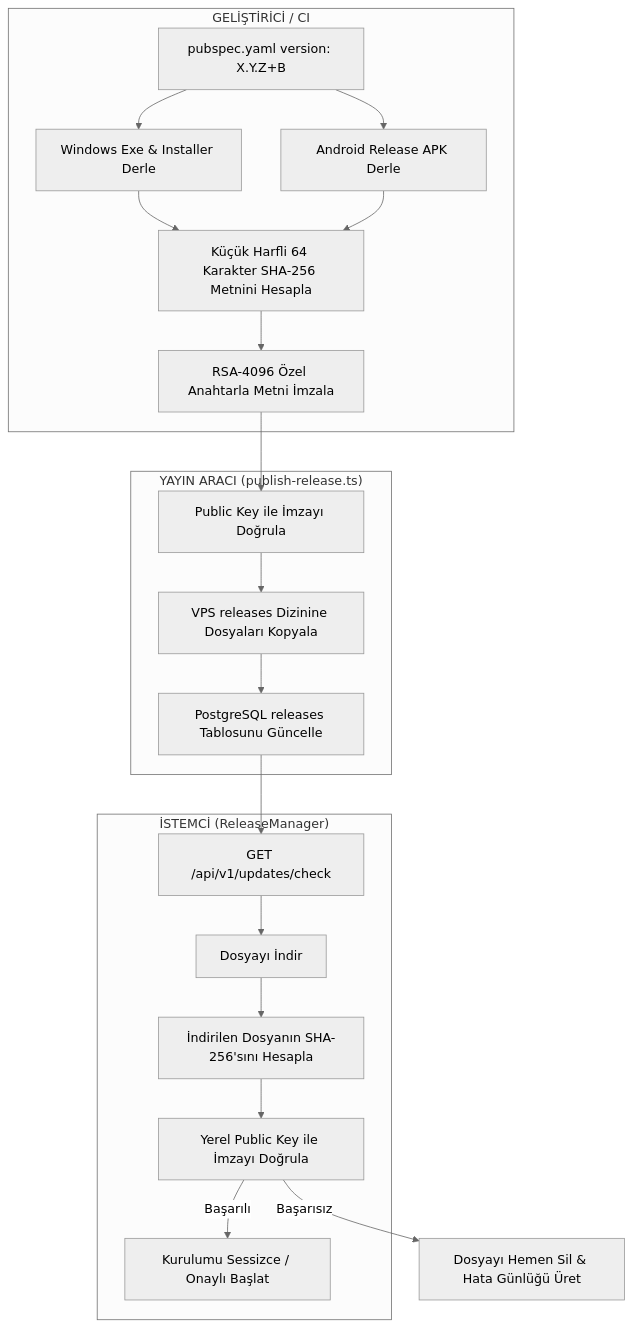
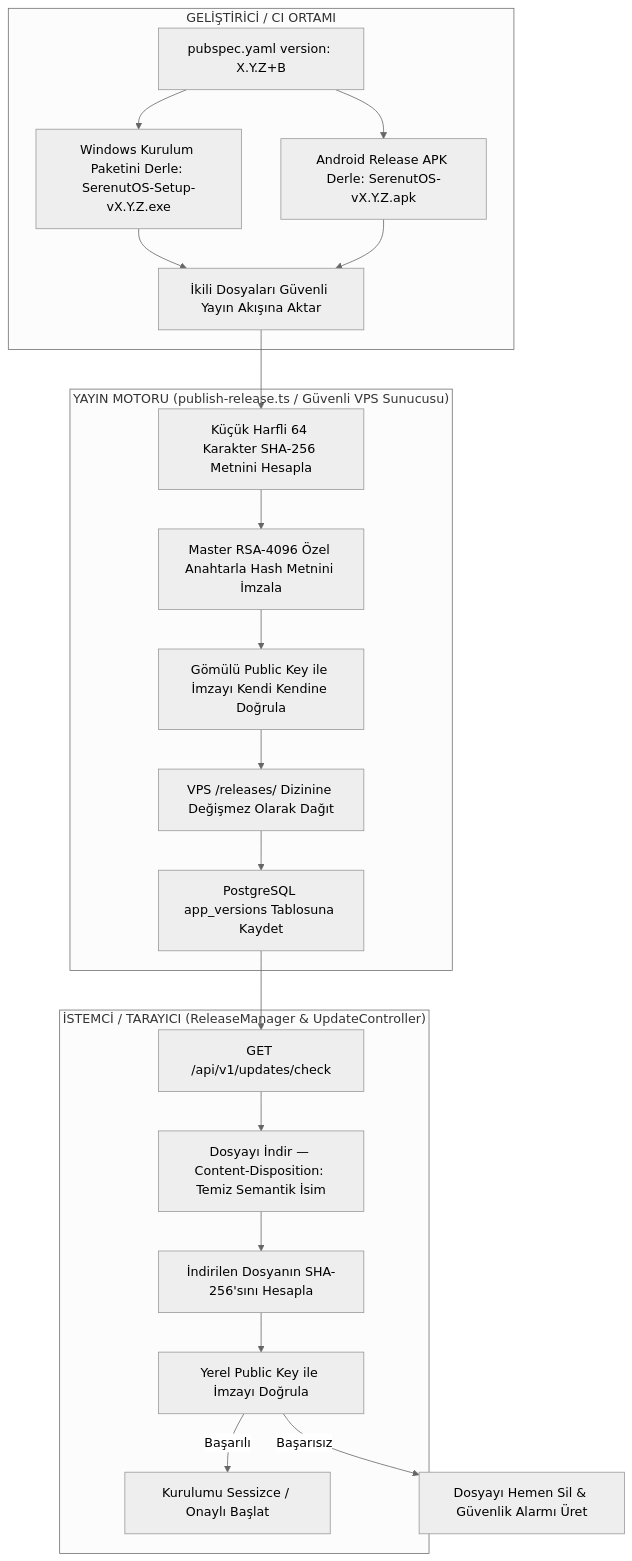
Diagram 16 of 16 in docs/SERENUT_OS_MASTER_OPERATING_MANUAL.md (mhmtgwn/serenut), drawn with Mermaid (neutral theme) before and after one commit. The commit also changed other lines of this file, not shown here.

Commit message:
docs: resolve architectural discrepancies in signing flow, table schemas, offline cutover, and balance convergence

````diff
--- a/docs/SERENUT_OS_MASTER_OPERATING_MANUAL.md
+++ b/docs/SERENUT_OS_MASTER_OPERATING_MANUAL.md
@@ -1372,39 +1401,41 @@
 ```mermaid
 graph TD
-    subgraph "GELİŞTİRİCİ / CI"
+    subgraph "GELİŞTİRİCİ / CI ORTAMI"
         Pubspec[pubspec.yaml version: X.Y.Z+B]
-        BuildWin[Windows Exe & Installer Derle]
-        BuildApk[Android Release APK Derle]
-        Sha[Küçük Harfli 64 Karakter SHA-256 Metnini Hesapla]
-        RsaSign[RSA-4096 Özel Anahtarla Metni İmzala]
+        BuildWin[Windows Kurulum Paketini Derle: SerenutOS-Setup-vX.Y.Z.exe]
+        BuildApk[Android Release APK Derle: SerenutOS-vX.Y.Z.apk]
+        Artifacts[İkili Dosyaları Güvenli Yayın Akışına Aktar]
     end
 
-    subgraph "YAYIN ARACI (publish-release.ts)"
-        VerifyPre[Public Key ile İmzayı Doğrula]
-        DeployVPS[VPS releases Dizinine Dosyaları Kopyala]
-        UpdateDB[PostgreSQL releases Tablosunu Güncelle]
+    subgraph "YAYIN MOTORU (publish-release.ts / Güvenli VPS Sunucusu)"
+        Sha[Küçük Harfli 64 Karakter SHA-256 Metnini Hesapla]
+        RsaSign[Master RSA-4096 Özel Anahtarla Hash Metnini İmzala]
+        VerifyPre[Gömülü Public Key ile İmzayı Kendi Kendine Doğrula]
+        DeployVPS[VPS /releases/ Dizinine Değişmez Olarak Dağıt]
+        UpdateDB[PostgreSQL app_versions Tablosuna Kaydet]
     end
 
-    subgraph "İSTEMCİ (ReleaseManager)"
+    subgraph "İSTEMCİ / TARAYICI (ReleaseManager & UpdateController)"
         CheckUpdate[GET /api/v1/updates/check]
-        Download[Dosyayı İndir]
+        Download[Dosyayı İndir — Content-Disposition: Temiz Semantik İsim]
         VerifySha[İndirilen Dosyanın SHA-256'sını Hesapla]
         VerifyRsa[Yerel Public Key ile İmzayı Doğrula]
         Install[Kurulumu Sessizce / Onaylı Başlat]
     end
 
     Pubspec --> BuildWin
     Pubspec --> BuildApk
-    BuildWin --> Sha
-    BuildApk --> Sha
+    BuildWin --> Artifacts
+    BuildApk --> Artifacts
+    Artifacts --> Sha
     Sha --> RsaSign
     RsaSign --> VerifyPre
     VerifyPre --> DeployVPS
     DeployVPS --> UpdateDB
     UpdateDB --> CheckUpdate
     CheckUpdate --> Download
     Download --> VerifySha
     VerifySha --> VerifyRsa
     VerifyRsa -- Başarılı --> Install
-    VerifyRsa -- Başarısız --> Abort[Dosyayı Hemen Sil & Hata Günlüğü Üret]
+    VerifyRsa -- Başarısız --> Abort[Dosyayı Hemen Sil & Güvenlik Alarmı Üret]
 ```
````
